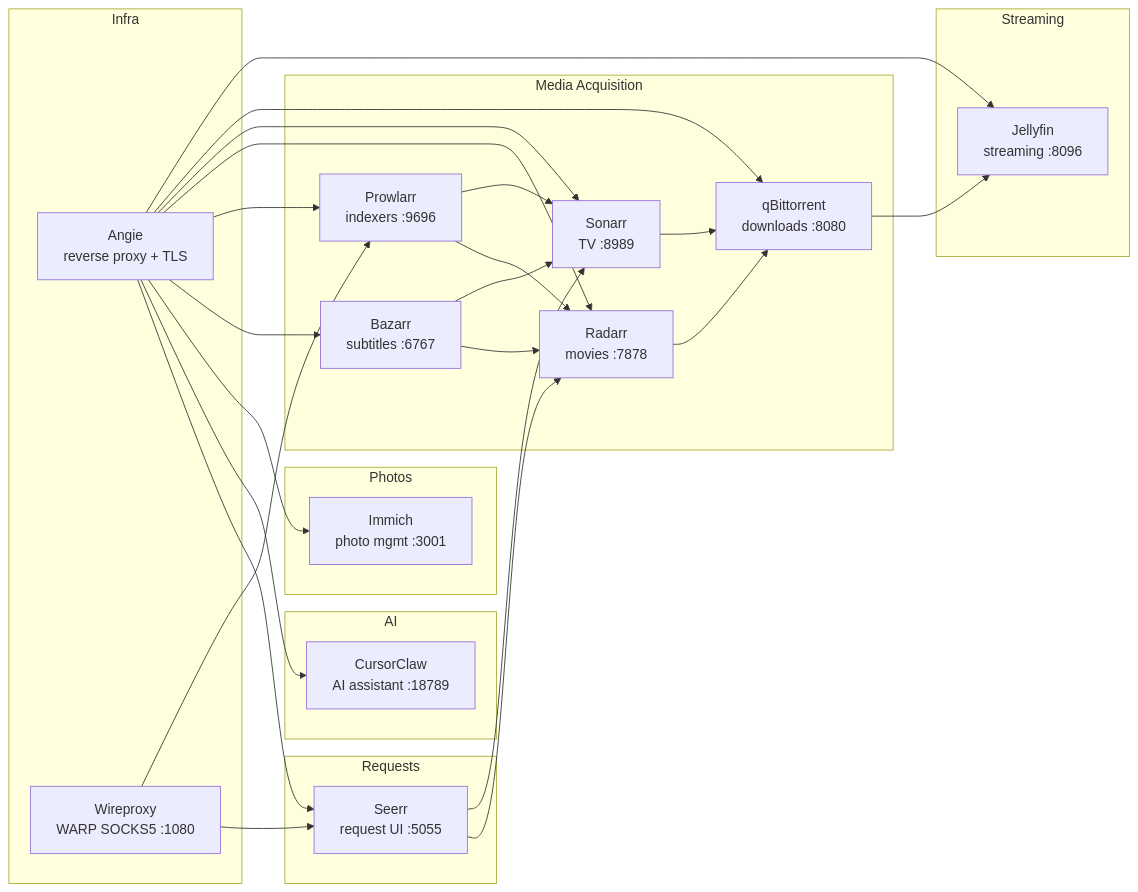
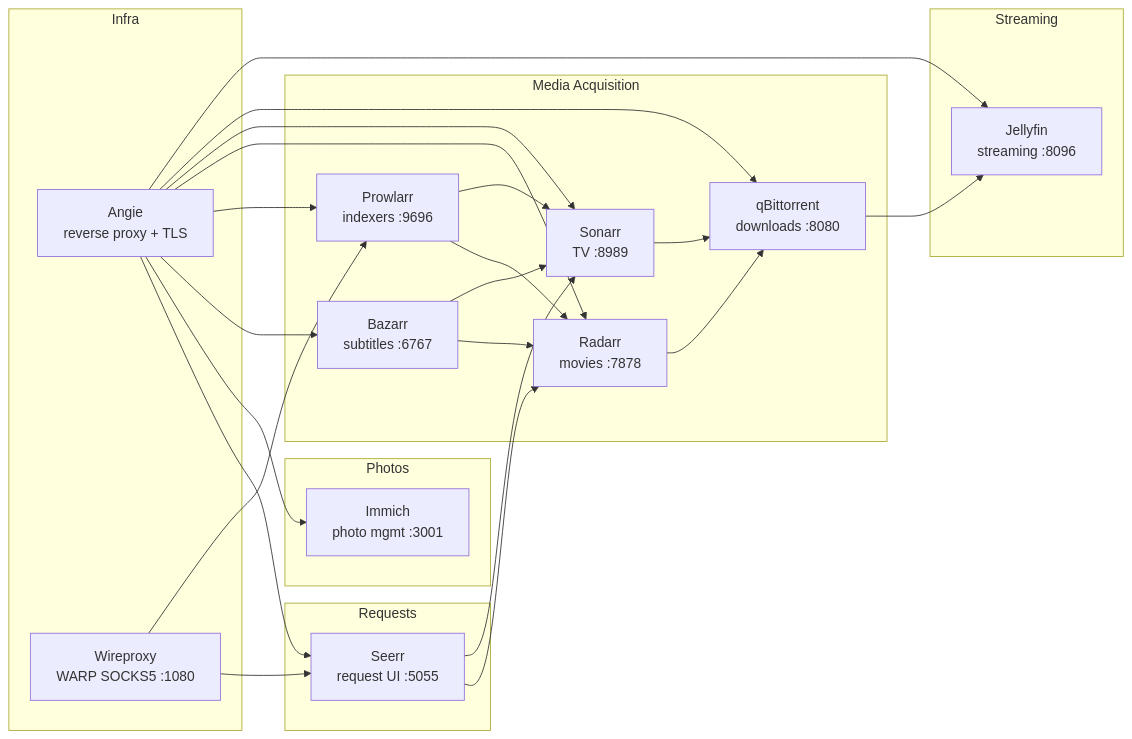
Before and after one commit to rverma-dev/mediaserver: the first of 2 diagrams in README.md, drawn with Mermaid. The commit also changed other lines of this file and 15 other files, not shown here.

````diff
--- a/README.md
+++ b/README.md
@@ -7,42 +7,37 @@
 ```mermaid
 graph LR
   subgraph Media Acquisition
     Prowlarr[Prowlarr<br/>indexers :9696] --> Sonarr[Sonarr<br/>TV :8989]
     Prowlarr --> Radarr[Radarr<br/>movies :7878]
     Sonarr --> qBit[qBittorrent<br/>downloads :8080]
     Radarr --> qBit
     Bazarr[Bazarr<br/>subtitles :6767] --> Sonarr
     Bazarr --> Radarr
   end
 
   subgraph Streaming
     qBit --> Jellyfin[Jellyfin<br/>streaming :8096]
   end
 
   subgraph Requests
     Seerr[Seerr<br/>request UI :5055] --> Sonarr
     Seerr --> Radarr
   end
 
-  subgraph AI
-    CursorClaw[CursorClaw<br/>AI assistant :18789]
-  end
-
   subgraph Photos
     Immich[Immich<br/>photo mgmt :3001]
   end
 
   subgraph Infra
     Angie[Angie<br/>reverse proxy + TLS] --> Jellyfin
     Angie --> qBit
     Angie --> Sonarr
     Angie --> Radarr
     Angie --> Prowlarr
     Angie --> Bazarr
     Angie --> Immich
-    Angie --> CursorClaw
     Angie --> Seerr
     Wireproxy[Wireproxy<br/>WARP SOCKS5 :1080] --> Prowlarr
     Wireproxy --> Seerr
   end
 ```
````
